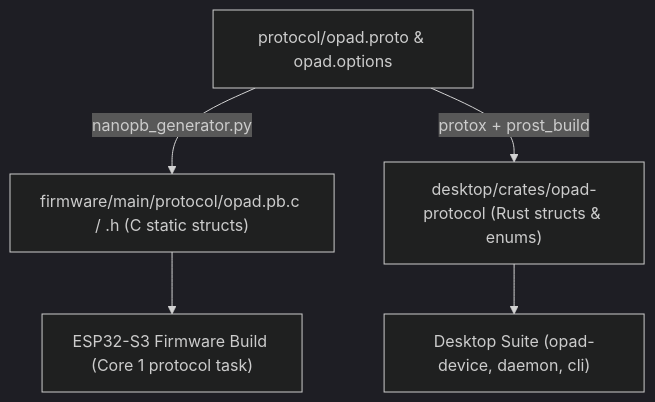
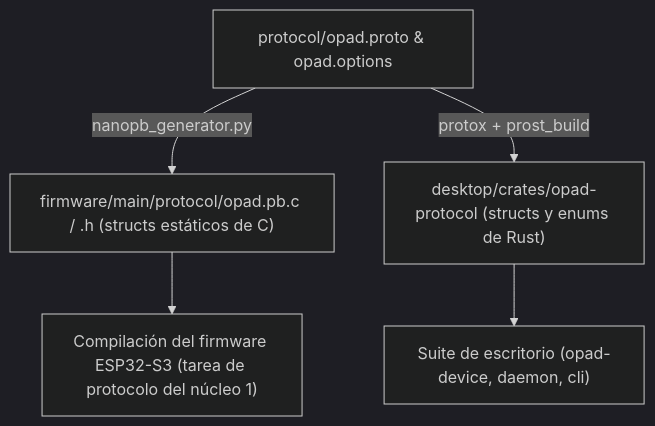
One commit to OPad-dev/OPad changed the diagram in docs/es/develop/protocol-changes.md. Above: the diagram before and after it, drawn with Mermaid (dark theme). The commit also changed other lines of this file and 51 other files, not shown here.

````diff
--- a/docs/es/develop/protocol-changes.md
+++ b/docs/es/develop/protocol-changes.md
@@ -16,7 +16,7 @@
 ```mermaid
 flowchart TD
-    Schema["protocol/opad.proto & opad.options"] -->|nanopb_generator.py| NanoPB["firmware/main/protocol/opad.pb.c / .h (C static structs)"]
-    Schema -->|protox + prost_build| Prost["desktop/crates/opad-protocol (Rust structs & enums)"]
-    NanoPB --> ESP["ESP32-S3 Firmware Build (Core 1 protocol task)"]
-    Prost --> Desktop["Desktop Suite (opad-device, daemon, cli)"]
+    Schema["protocol/opad.proto & opad.options"] -->|nanopb_generator.py| NanoPB["firmware/main/protocol/opad.pb.c / .h (structs estáticos de C)"]
+    Schema -->|protox + prost_build| Prost["desktop/crates/opad-protocol (structs y enums de Rust)"]
+    NanoPB --> ESP["Compilación del firmware ESP32-S3 (tarea de protocolo del núcleo 1)"]
+    Prost --> Desktop["Suite de escritorio (opad-device, daemon, cli)"]
 ```
````
